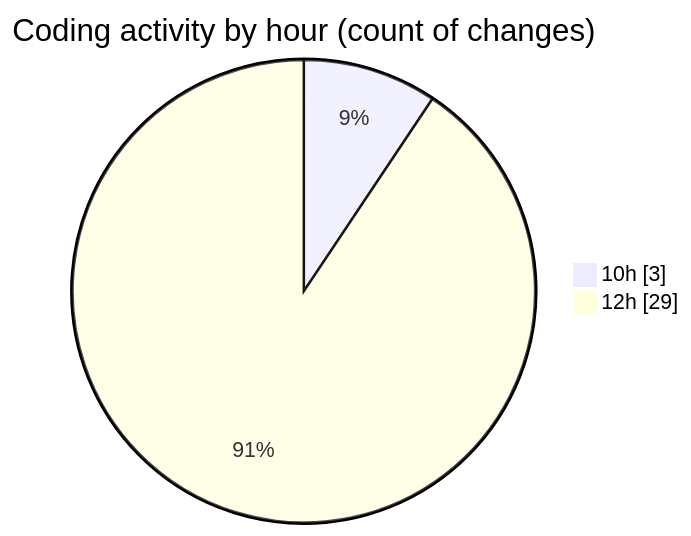
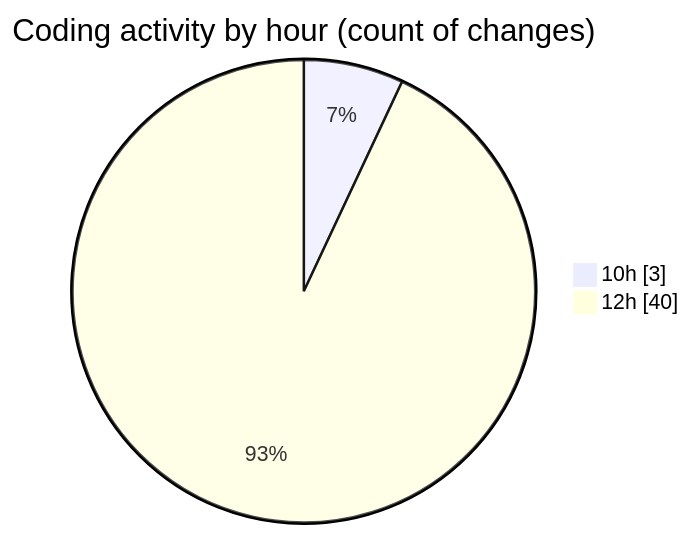
Before and after one commit to nxtqubesakshisongat/code-tracking: the second of 2 diagrams in 2025-05-27/nxtqube_webapp/README.md, drawn with Mermaid. The commit also changed other lines of this file and 1 other file, not shown here.

````diff
--- a/2025-05-27/nxtqube_webapp/README.md
+++ b/2025-05-27/nxtqube_webapp/README.md
@@ -29,6 +29,6 @@
 ```mermaid
 pie showData
 title Coding activity by hour (count of changes)
 "10h" : 3
-"12h" : 29
+"12h" : 40
 ```
````
